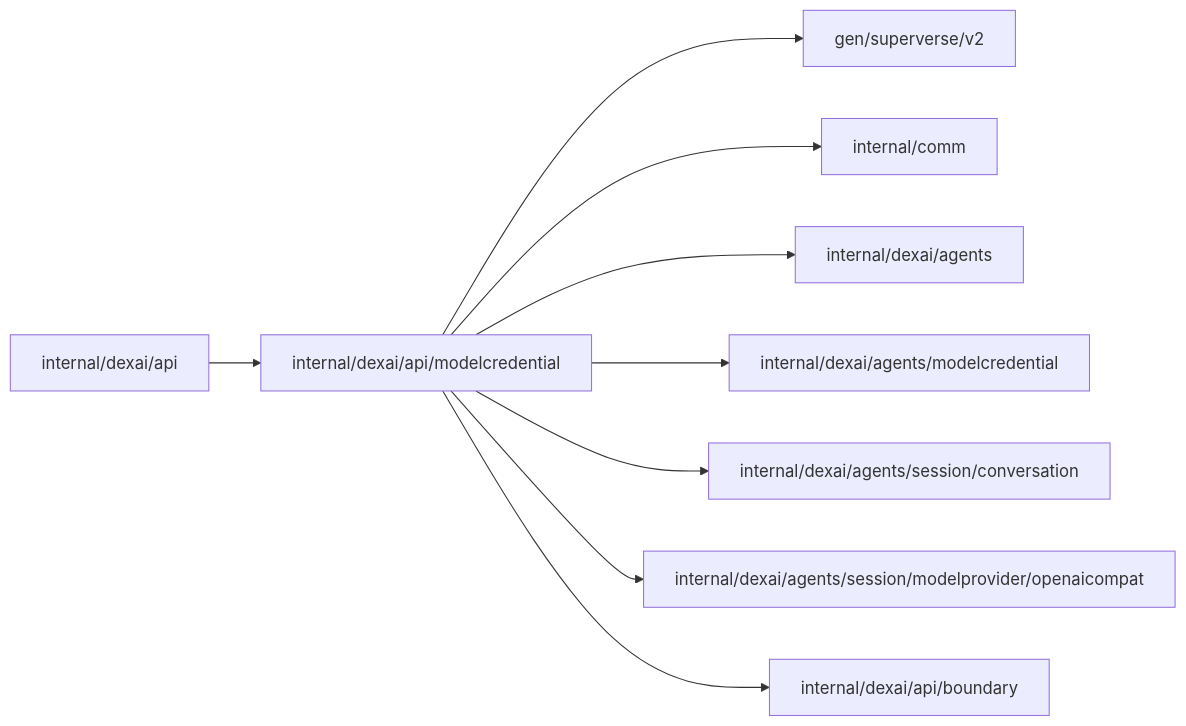
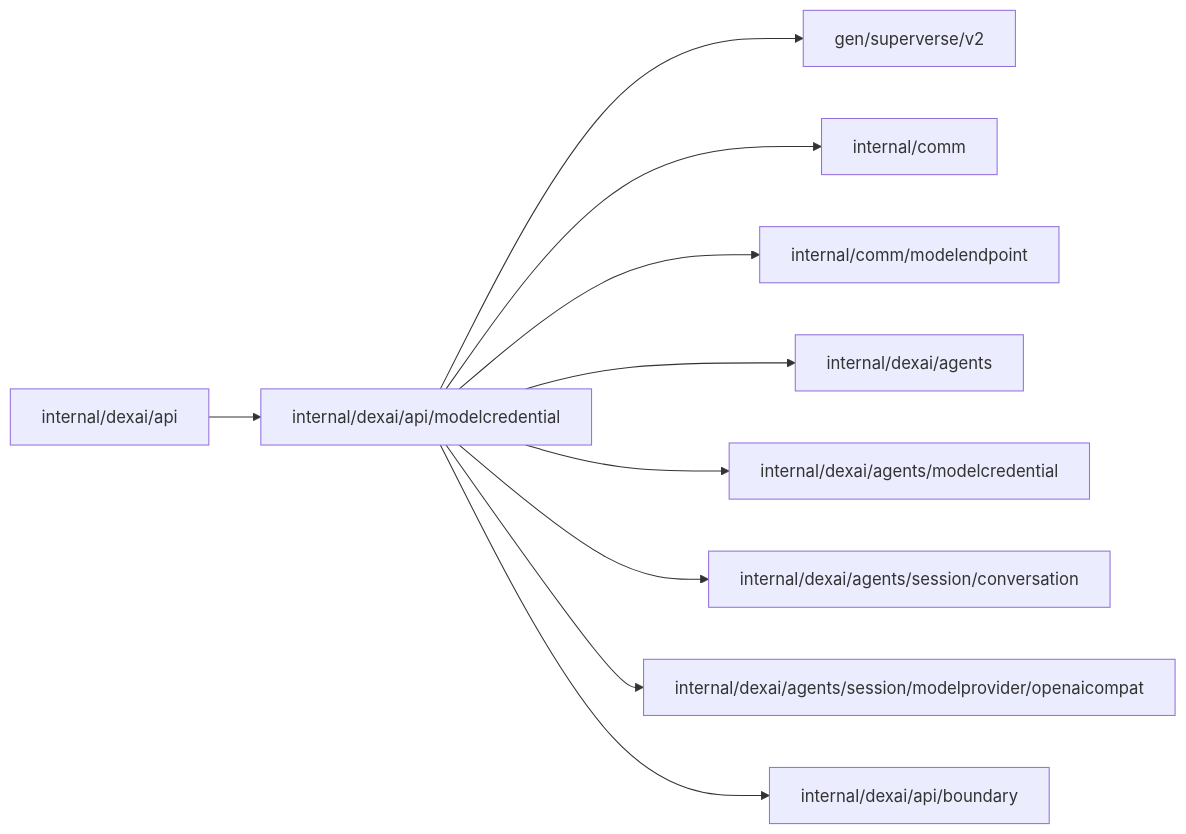
One commit to superdurable/superverse changed the diagram in internal/dexai/api/modelcredential/README.md. Above: the diagram before and after it, drawn with Mermaid. The commit also changed other lines of this file and 97 other files, not shown here.

````diff
--- a/internal/dexai/api/modelcredential/README.md
+++ b/internal/dexai/api/modelcredential/README.md
@@ -10,12 +10,13 @@
 ```mermaid
 flowchart LR
   self["internal/dexai/api/modelcredential"]
   c0["internal/dexai/api"] --> self
   self --> d0["gen/superverse/v2"]
   self --> d1["internal/comm"]
-  self --> d2["internal/dexai/agents"]
-  self --> d3["internal/dexai/agents/modelcredential"]
-  self --> d4["internal/dexai/agents/session/conversation"]
-  self --> d5["internal/dexai/agents/session/modelprovider/openaicompat"]
-  self --> d6["internal/dexai/api/boundary"]
+  self --> d2["internal/comm/modelendpoint"]
+  self --> d3["internal/dexai/agents"]
+  self --> d4["internal/dexai/agents/modelcredential"]
+  self --> d5["internal/dexai/agents/session/conversation"]
+  self --> d6["internal/dexai/agents/session/modelprovider/openaicompat"]
+  self --> d7["internal/dexai/api/boundary"]
 ```
````
